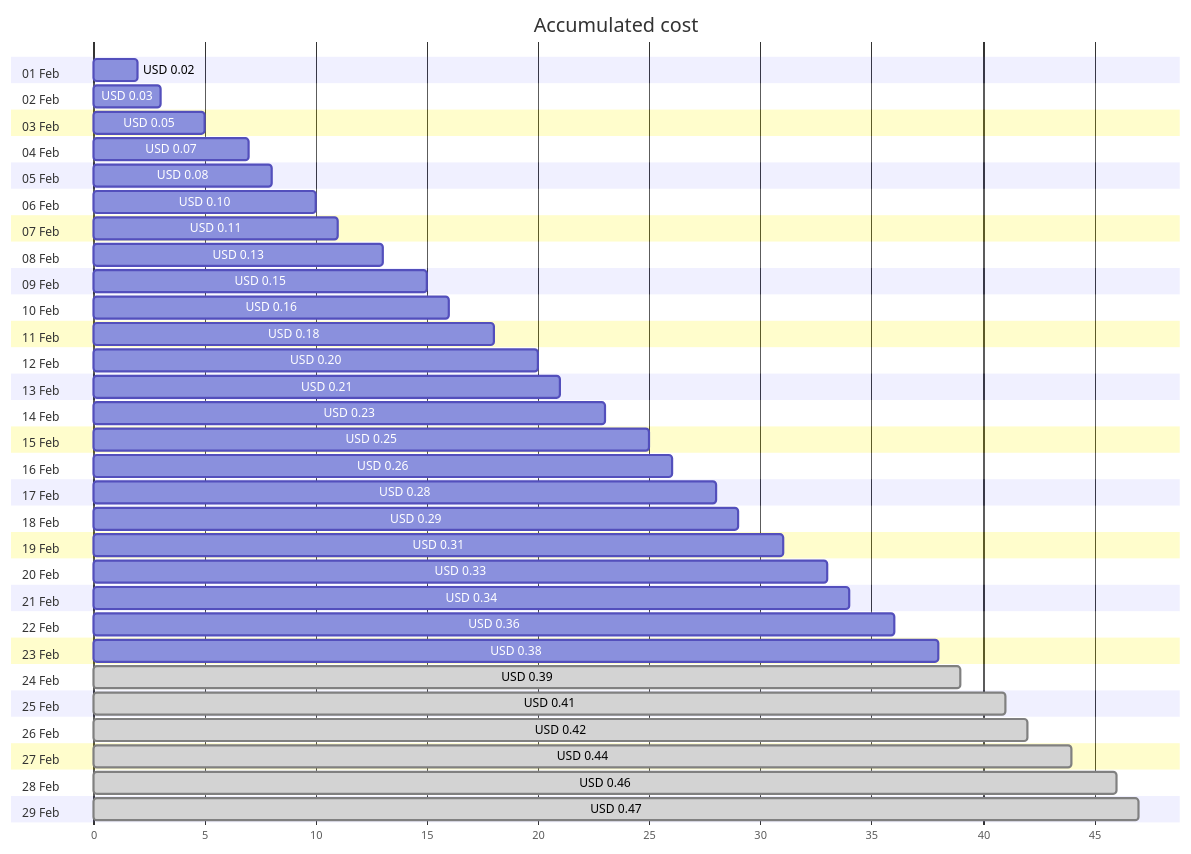
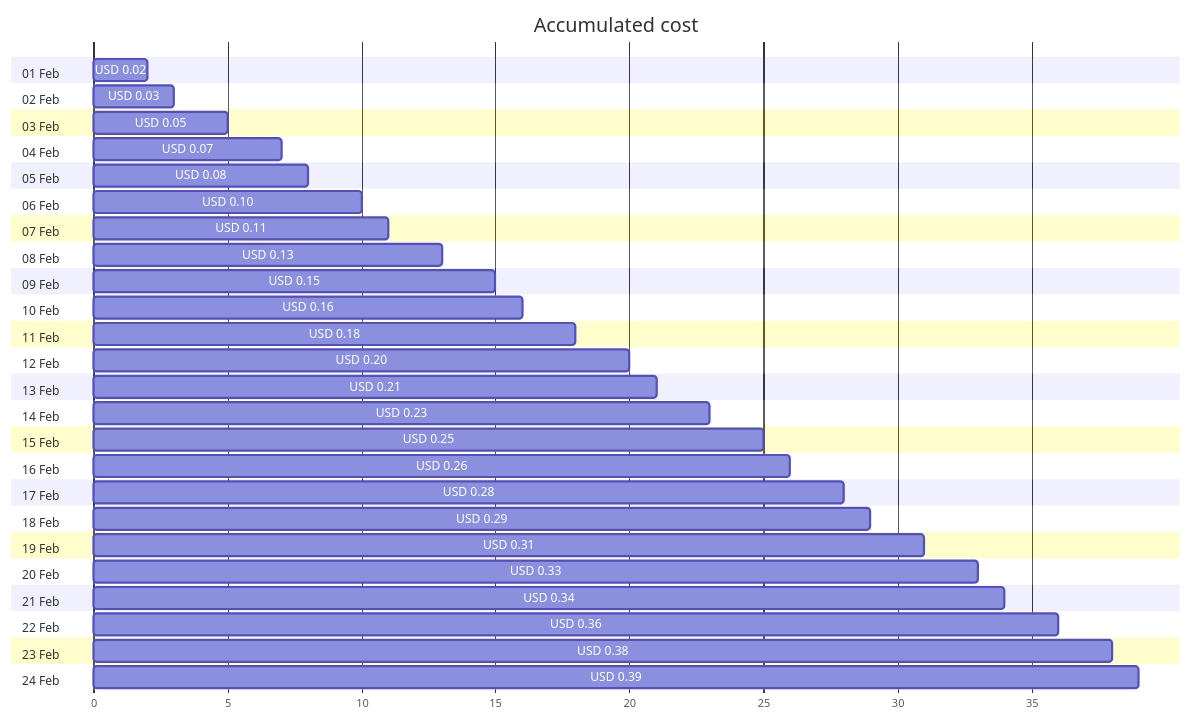
Before and after one commit to jpfulton/azure-personal-reports: the first of 4 diagrams in cost-reports/personal-dns/jpatrickfulton.com.md, drawn with Mermaid. The commit also changed other lines of this file and 2 other files, not shown here.

````diff
--- a/cost-reports/personal-dns/jpatrickfulton.com.md
+++ b/cost-reports/personal-dns/jpatrickfulton.com.md
@@ -20,64 +20,54 @@
 ```mermaid
 gantt
    title Accumulated cost
    dateFormat  X
    axisFormat %s
    section 01 Feb
    USD 0.02 :0, 2
    section 02 Feb
    USD 0.03 :0, 3
    section 03 Feb
    USD 0.05 :0, 5
    section 04 Feb
    USD 0.07 :0, 7
    section 05 Feb
    USD 0.08 :0, 8
    section 06 Feb
    USD 0.10 :0, 10
    section 07 Feb
    USD 0.11 :0, 11
    section 08 Feb
    USD 0.13 :0, 13
    section 09 Feb
    USD 0.15 :0, 15
    section 10 Feb
    USD 0.16 :0, 16
    section 11 Feb
    USD 0.18 :0, 18
    section 12 Feb
    USD 0.20 :0, 20
    section 13 Feb
    USD 0.21 :0, 21
    section 14 Feb
    USD 0.23 :0, 23
    section 15 Feb
    USD 0.25 :0, 25
    section 16 Feb
    USD 0.26 :0, 26
    section 17 Feb
    USD 0.28 :0, 28
    section 18 Feb
    USD 0.29 :0, 29
    section 19 Feb
    USD 0.31 :0, 31
    section 20 Feb
    USD 0.33 :0, 33
    section 21 Feb
    USD 0.34 :0, 34
    section 22 Feb
    USD 0.36 :0, 36
    section 23 Feb
    USD 0.38 :0, 38
    section 24 Feb
-   USD 0.39 : done, 0, 39
-   section 25 Feb
-   USD 0.41 : done, 0, 41
-   section 26 Feb
-   USD 0.42 : done, 0, 42
-   section 27 Feb
-   USD 0.44 : done, 0, 44
-   section 28 Feb
-   USD 0.46 : done, 0, 46
-   section 29 Feb
-   USD 0.47 : done, 0, 47
+   USD 0.39 :0, 39
 ```
````
